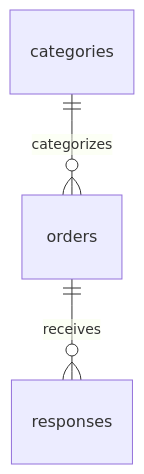
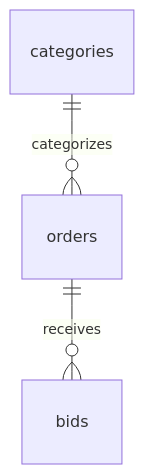
The third of 8 diagrams in docs/6 - Database Schema.md (Iarylkin/proFinder_backend), drawn with Mermaid before and after one commit. The commit also changed other lines of this file and 10 other files, not shown here.

````diff
--- a/docs/6 - Database Schema.md
+++ b/docs/6 - Database Schema.md
@@ -239,5 +239,5 @@
 ```mermaid
 erDiagram
     categories ||--o{ orders : categorizes
-    orders ||--o{ responses : receives
+    orders ||--o{ bids : receives
 ```
````
